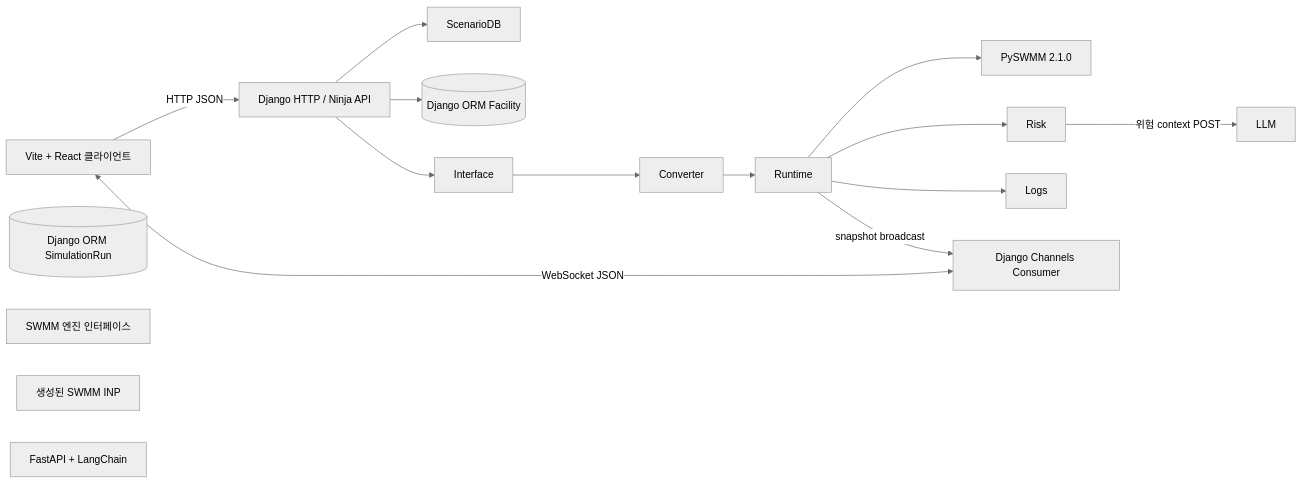
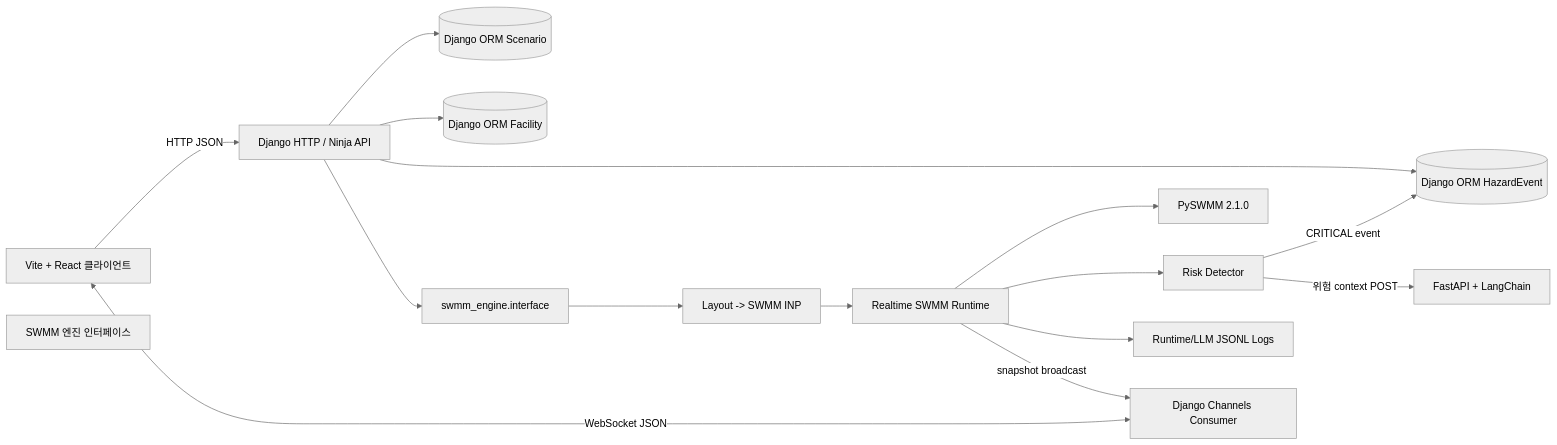
Before and after one commit to SuperMario-Flood-Monitoring/SuperMario_Django: the diagram in backend/docs/architecture.md, drawn with Mermaid (neutral theme). The commit also changed other lines of this file and 22 other files, not shown here.

````diff
--- a/backend/docs/architecture.md
+++ b/backend/docs/architecture.md
@@ -21,25 +21,32 @@
 ```mermaid
 flowchart LR
     Client[Vite + React 클라이언트]
     HTTP[Django HTTP / Ninja API]
     WS[Django Channels Consumer]
     FacilityDB[(Django ORM Facility)]
-    RunDB[(Django ORM SimulationRun)]
+    ScenarioDB[(Django ORM Scenario)]
+    HazardDB[(Django ORM HazardEvent)]
     Engine[SWMM 엔진 인터페이스]
+    Interface[swmm_engine.interface]
+    Converter[Layout -> SWMM INP]
+    Runtime[Realtime SWMM Runtime]
+    Risk[Risk Detector]
+    Logs[Runtime/LLM JSONL Logs]
     PySWMM[PySWMM 2.1.0]
-    INP[생성된 SWMM INP]
     LangChain[FastAPI + LangChain]
 
     Client -->|HTTP JSON| HTTP
     Client <-->|WebSocket JSON| WS
     HTTP --> ScenarioDB
     HTTP --> FacilityDB
+    HTTP --> HazardDB
     HTTP --> Interface
     Interface --> Converter
     Converter --> Runtime
     Runtime --> PySWMM
     Runtime --> Risk
     Runtime --> Logs
+    Risk -->|CRITICAL event| HazardDB
     Runtime -->|snapshot broadcast| WS
-    Risk -->|위험 context POST| LLM
+    Risk -->|위험 context POST| LangChain
 ```
````
